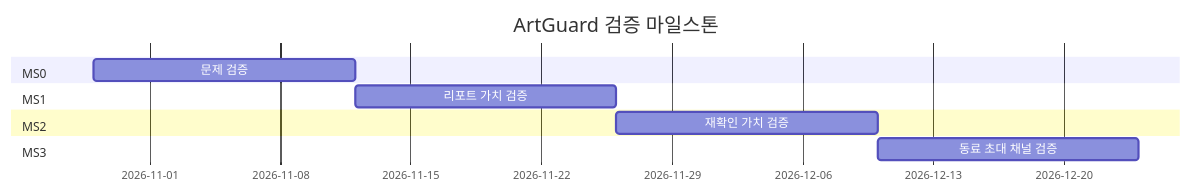
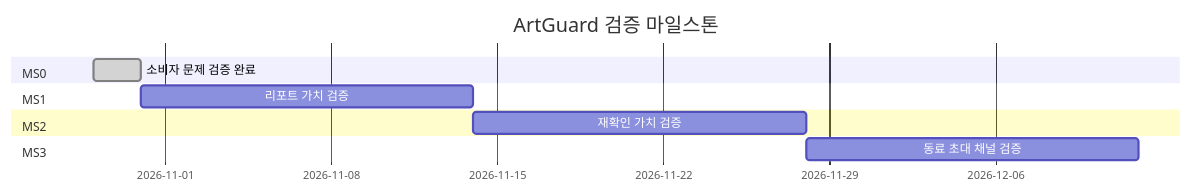
The diagram in docs/prd/09-milestones.md (KTheES/Lean_Prd_skills), drawn with Mermaid before and after one commit. The commit also changed other lines of this file and 24 other files, not shown here.

````diff
--- a/docs/prd/09-milestones.md
+++ b/docs/prd/09-milestones.md
@@ -72,13 +73,13 @@
 ```mermaid
 gantt
   title ArtGuard 검증 마일스톤
   dateFormat YYYY-MM-DD
   section MS0
-  문제 검증 :m0, 2026-10-29, 14d
+  소비자 문제 검증 완료 :done, m0, 2026-10-29, 2d
   section MS1
   리포트 가치 검증 :m1, after m0, 14d
   section MS2
   재확인 가치 검증 :m2, after m1, 14d
   section MS3
   동료 초대 채널 검증 :m3, after m2, 14d
 ```
````
